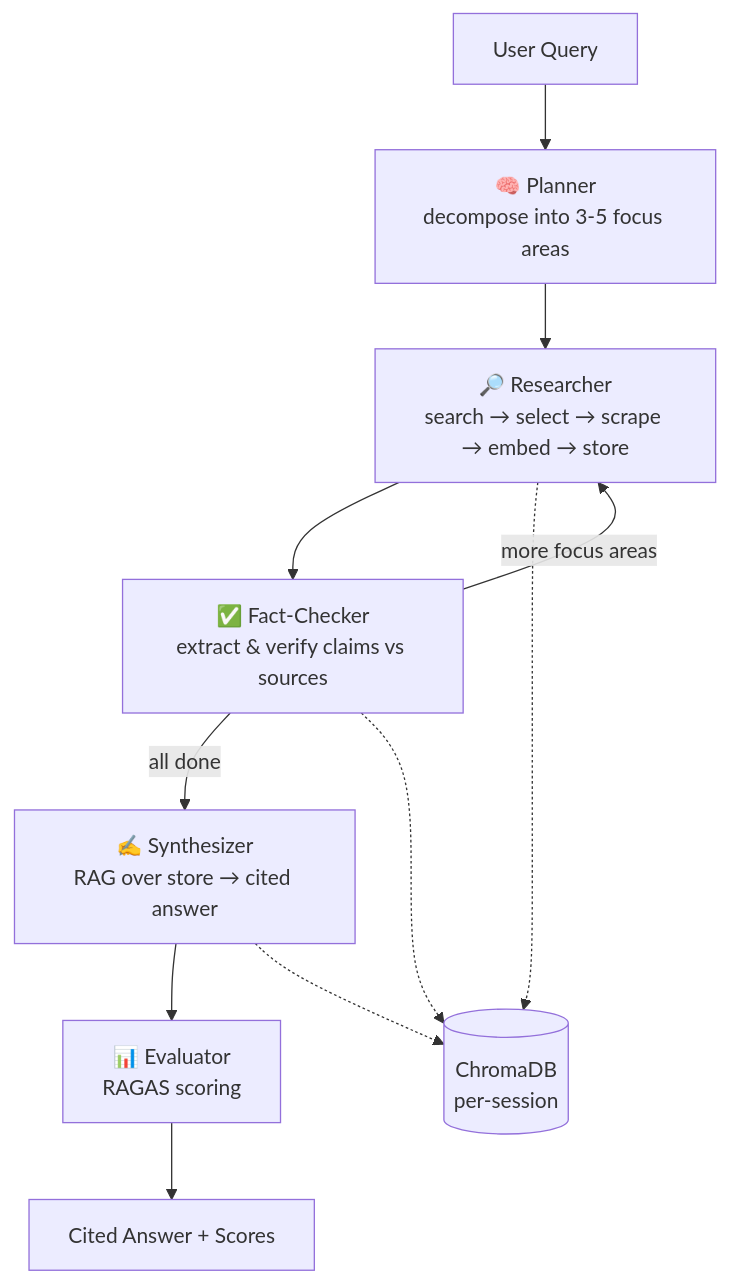
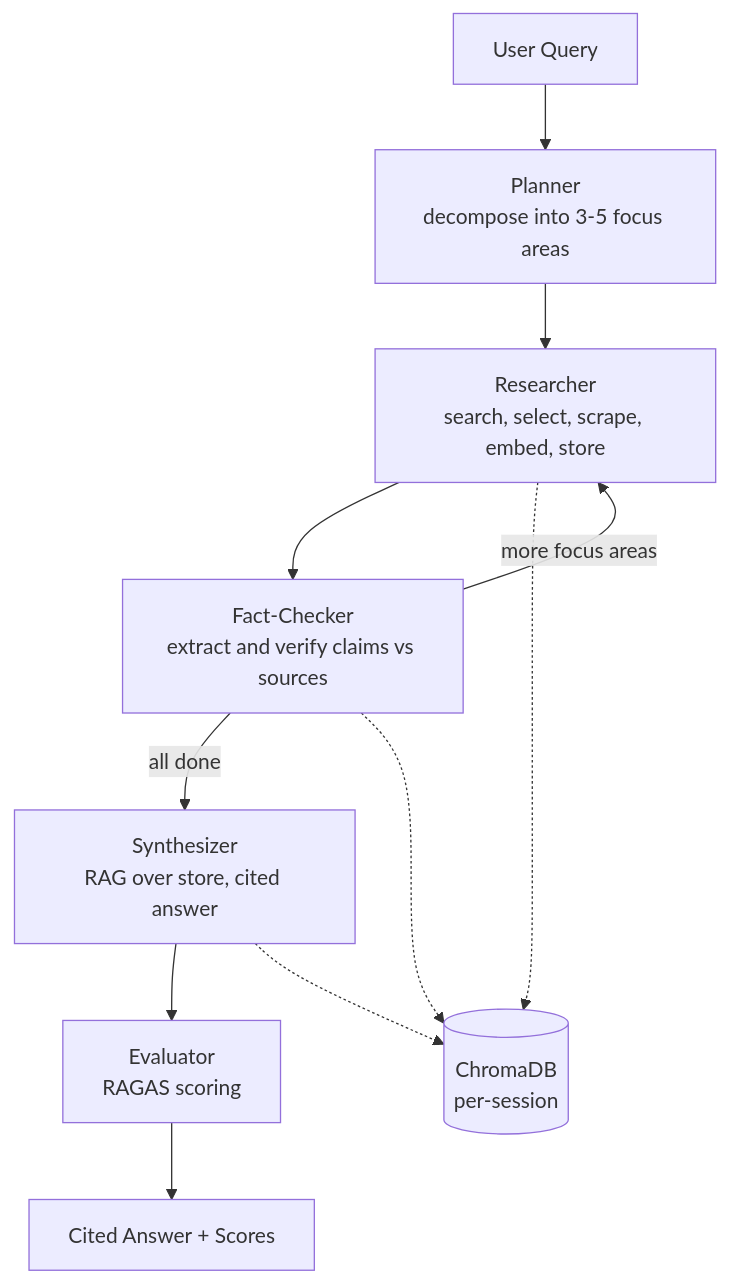
The diagram in README.md (NirbhaySharma504/ai-research-assistant), drawn with Mermaid before and after one commit. The commit also changed other lines of this file, not shown here.

````diff
--- a/README.md
+++ b/README.md
@@ -62,14 +56,14 @@
 ```mermaid
 graph TD
-    Q[User Query] --> P[🧠 Planner<br/>decompose into 3-5 focus areas]
-    P --> R[🔎 Researcher<br/>search → select → scrape → embed → store]
-    R --> F[✅ Fact-Checker<br/>extract & verify claims vs sources]
+    Q[User Query] --> P[Planner<br/>decompose into 3-5 focus areas]
+    P --> R[Researcher<br/>search, select, scrape, embed, store]
+    R --> F[Fact-Checker<br/>extract and verify claims vs sources]
     F -->|more focus areas| R
-    F -->|all done| S[✍️ Synthesizer<br/>RAG over store → cited answer]
-    S --> E[📊 Evaluator<br/>RAGAS scoring]
+    F -->|all done| S[Synthesizer<br/>RAG over store, cited answer]
+    S --> E[Evaluator<br/>RAGAS scoring]
     E --> A[Cited Answer + Scores]
 
     R -.-> VS[(ChromaDB<br/>per-session)]
     S -.-> VS
     F -.-> VS
 ```
````
